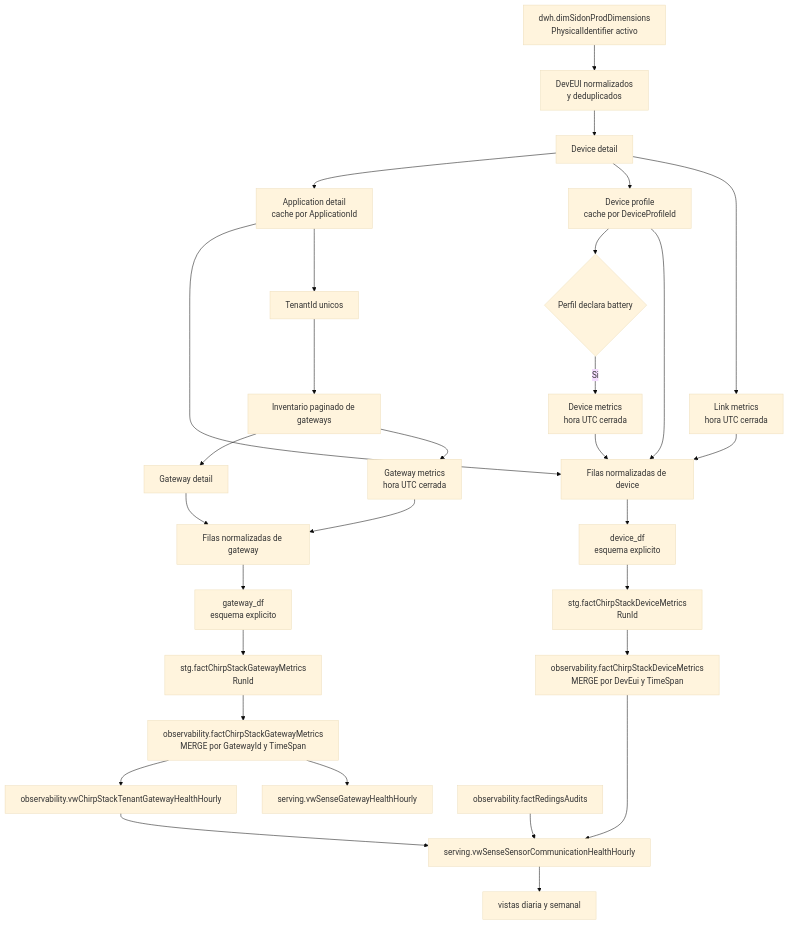
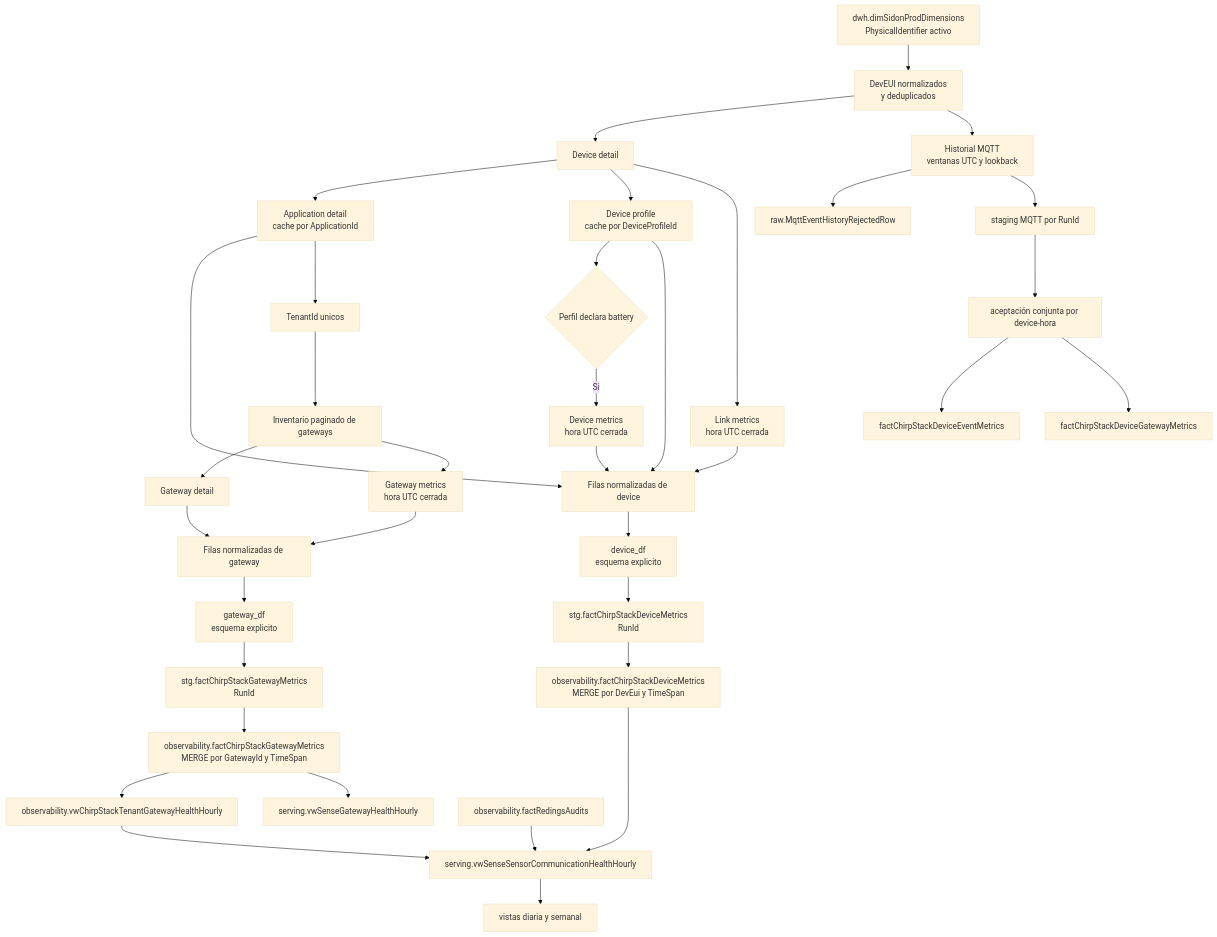
Before and after one commit to leotrevizo37/data-etls: the diagram in docs/pipelines/chirpstack_observability.md, drawn with Mermaid (base theme). The commit also changed other lines of this file and 6 other files, not shown here.

Commit message:
docs(observability): documentar contratos y recuperación ChirpStack y MQTT

````diff
--- a/docs/pipelines/chirpstack_observability.md
+++ b/docs/pipelines/chirpstack_observability.md
@@ -108,34 +125,40 @@
 ```mermaid
 flowchart TD
     A["dwh.dimSidonProdDimensions<br/>PhysicalIdentifier activo"] --> B["DevEUI normalizados<br/>y deduplicados"]
     B --> C["Device detail"]
     C --> D["Application detail<br/>cache por ApplicationId"]
     C --> E["Device profile<br/>cache por DeviceProfileId"]
     C --> F["Link metrics<br/>hora UTC cerrada"]
     E --> G{"Perfil declara battery"}
     G -->|Si| H["Device metrics<br/>hora UTC cerrada"]
     D --> I["Filas normalizadas de device"]
     E --> I
     F --> I
     H --> I
     I --> J["device_df<br/>esquema explicito"]
     J --> K["stg.factChirpStackDeviceMetrics<br/>RunId"]
     K --> L["observability.factChirpStackDeviceMetrics<br/>MERGE por DevEui y TimeSpan"]
 
     D --> M["TenantId unicos"]
     M --> N["Inventario paginado de gateways"]
     N --> O["Gateway detail"]
     N --> P["Gateway metrics<br/>hora UTC cerrada"]
     O --> Q["Filas normalizadas de gateway"]
     P --> Q
     Q --> R["gateway_df<br/>esquema explicito"]
     R --> S["stg.factChirpStackGatewayMetrics<br/>RunId"]
     S --> T["observability.factChirpStackGatewayMetrics<br/>MERGE por GatewayId y TimeSpan"]
 
     L --> U["serving.vwSenseSensorCommunicationHealthHourly"]
     T --> V["observability.vwChirpStackTenantGatewayHealthHourly"]
     T --> W["serving.vwSenseGatewayHealthHourly"]
     V --> U
     X["observability.factRedingsAudits"] --> U
     U --> Y["vistas diaria y semanal"]
+    B --> MQTT["Historial MQTT<br/>ventanas UTC y lookback"]
+    MQTT --> REJECTED["raw.MqttEventHistoryRejectedRow"]
+    MQTT --> MQTTSTG["staging MQTT por RunId"]
+    MQTTSTG --> ACCEPT["aceptación conjunta por device-hora"]
+    ACCEPT --> EVENTS["factChirpStackDeviceEventMetrics"]
+    ACCEPT --> RECEPTIONS["factChirpStackDeviceGatewayMetrics"]
 ```
````
